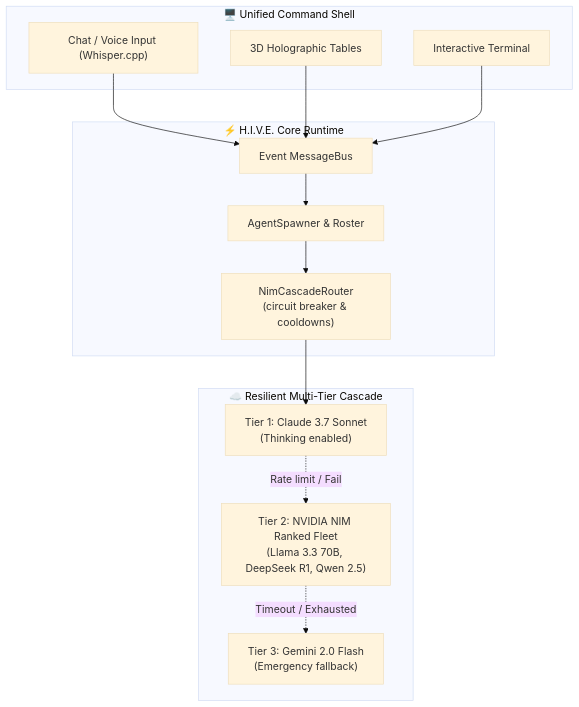
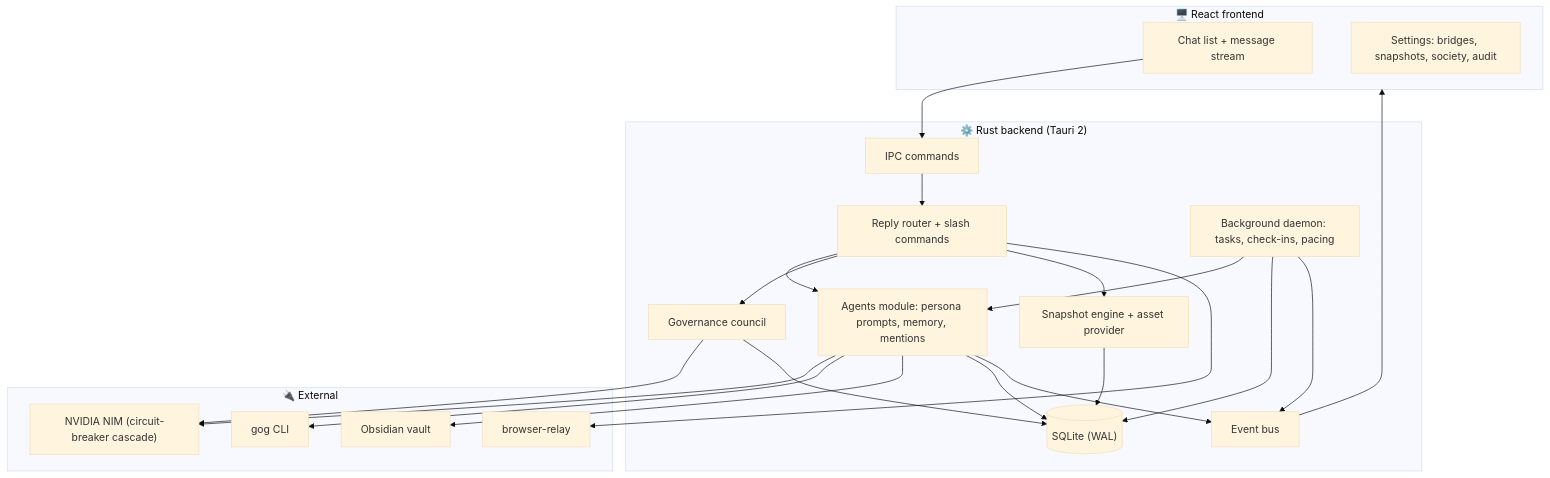
Before and after one commit to Snapwave333/HIVE: the diagram in README.md, drawn with Mermaid (base theme). The commit also changed other lines of this file and 265 other files, not shown here.

````diff
--- a/README.md
+++ b/README.md
@@ -91,29 +123,34 @@
 ```mermaid
 graph TD
-    subgraph UI["🖥️ Unified Command Shell"]
-        Chat["Chat / Voice Input (Whisper.cpp)"]
-        Holo["3D Holographic Tables"]
-        Term["Interactive Terminal"]
+    subgraph UI["🖥️ React frontend"]
+        Chat["Chat list + message stream"]
+        Settings["Settings: bridges, snapshots, society, audit"]
     end
 
-    subgraph Core["⚡ H.I.V.E. Core Runtime"]
-        MBus["Event MessageBus"]
-        AgentManager["AgentSpawner & Roster"]
-        Router["NimCascadeRouter<br/>(circuit breaker & cooldowns)"]
+    subgraph Core["⚙️ Rust backend (Tauri 2)"]
+        Cmd["IPC commands"]
+        Router["Reply router + slash commands"]
+        Agents["Agents module: persona prompts, memory, mentions"]
+        Daemon["Background daemon: tasks, check-ins, pacing"]
+        Gov["Governance council"]
+        Deploy["Snapshot engine + asset provider"]
+        Bus["Event bus"]
+        DB[("SQLite (WAL)")]
     end
 
-    subgraph LLM["☁️ Resilient Multi-Tier Cascade"]
-        Claude["Tier 1: Claude 3.7 Sonnet<br/>(Thinking enabled)"]
-        NIM["Tier 2: NVIDIA NIM Ranked Fleet<br/>(Llama 3.3 70B, DeepSeek R1, Qwen 2.5)"]
-        Gemini["Tier 3: Gemini 2.0 Flash<br/>(Emergency fallback)"]
+    subgraph Ext["🔌 External"]
+        NIM["NVIDIA NIM (circuit-breaker cascade)"]
+        Gog["gog CLI"]
+        Vault["Obsidian vault"]
+        Relay["browser-relay"]
     end
 
-    Chat --> MBus
-    Holo --> MBus
-    Term --> MBus
-    MBus --> AgentManager
-    AgentManager --> Router
-    Router --> Claude
-    Claude -.->|Rate limit / Fail| NIM
-    NIM -.->|Timeout / Exhausted| Gemini
+    Chat --> Cmd --> Router --> Agents --> NIM
+    Daemon --> Agents
+    Router --> Gov --> NIM
+    Router --> Deploy
+    Agents --> Gog & Vault
+    Router --> Relay
+    Agents & Daemon & Gov & Deploy --> DB
+    Agents & Daemon --> Bus --> UI
 ```
````
